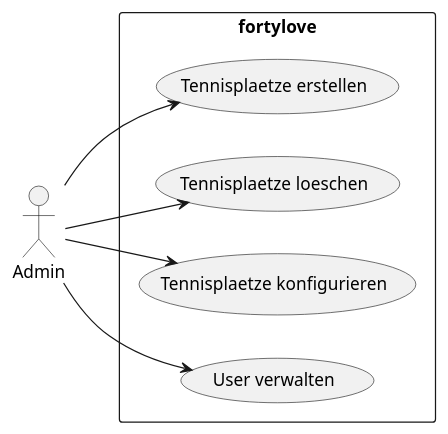
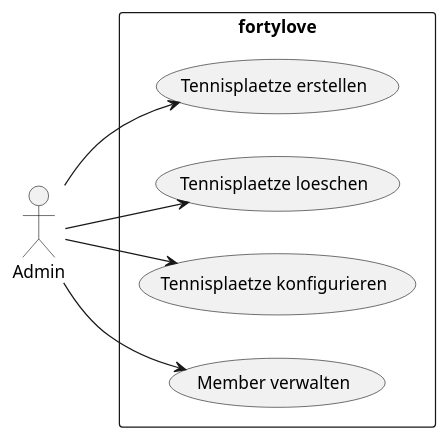
The diagram in documents/design/usecases/UseCasesAdmin.puml (incrediblybadcoder/fortylove), drawn with PlantUML before and after one commit. The commit also changed 9 other files, not shown here.

```diff
--- a/documents/design/usecases/UseCasesAdmin.puml
+++ b/documents/design/usecases/UseCasesAdmin.puml
@@ -1,11 +1,11 @@
 @startuml
 left to right direction
 actor "Admin" as Actor
 rectangle fortylove {
     Actor --> (Tennisplaetze erstellen)
     Actor --> (Tennisplaetze loeschen)
     Actor --> (Tennisplaetze konfigurieren)
-    Actor --> (User verwalten)
+    Actor --> (Member verwalten)
 }
 
 @enduml
```
